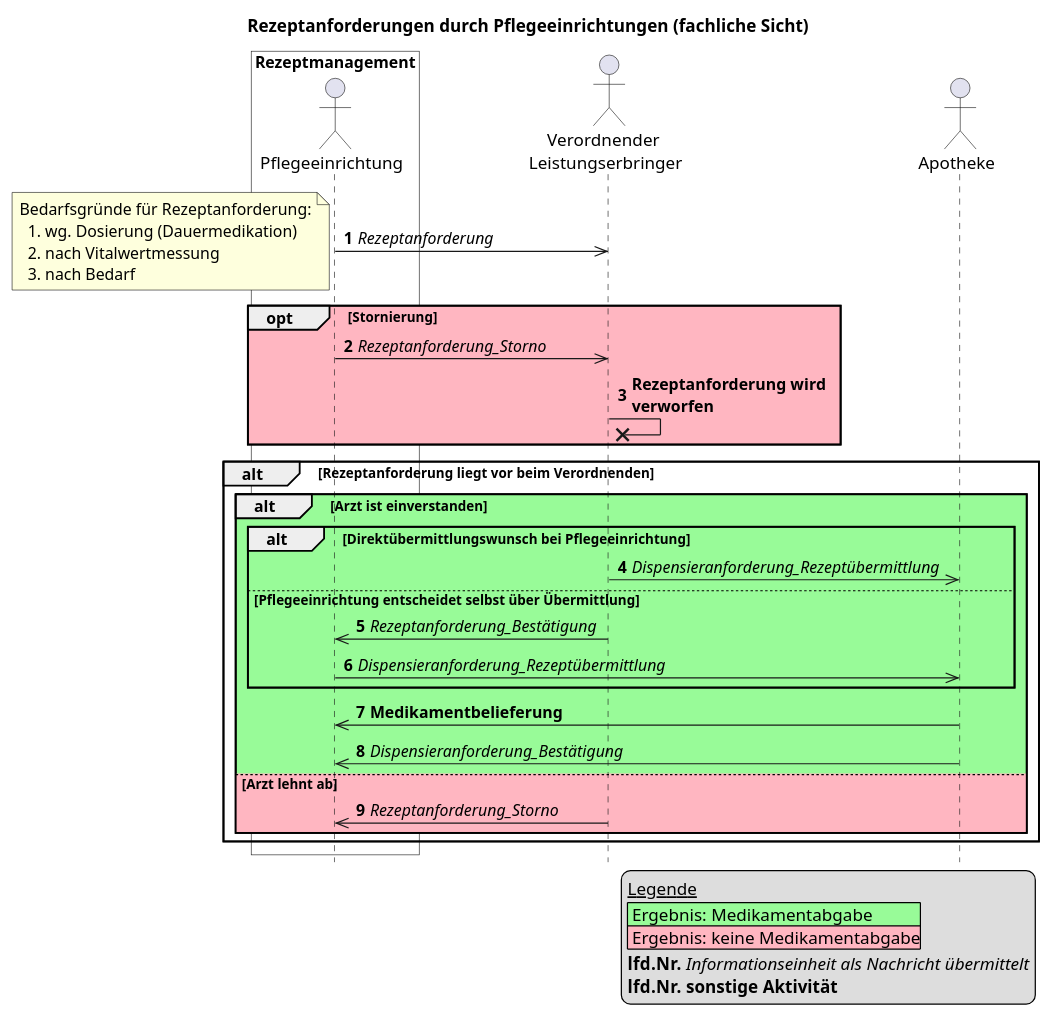
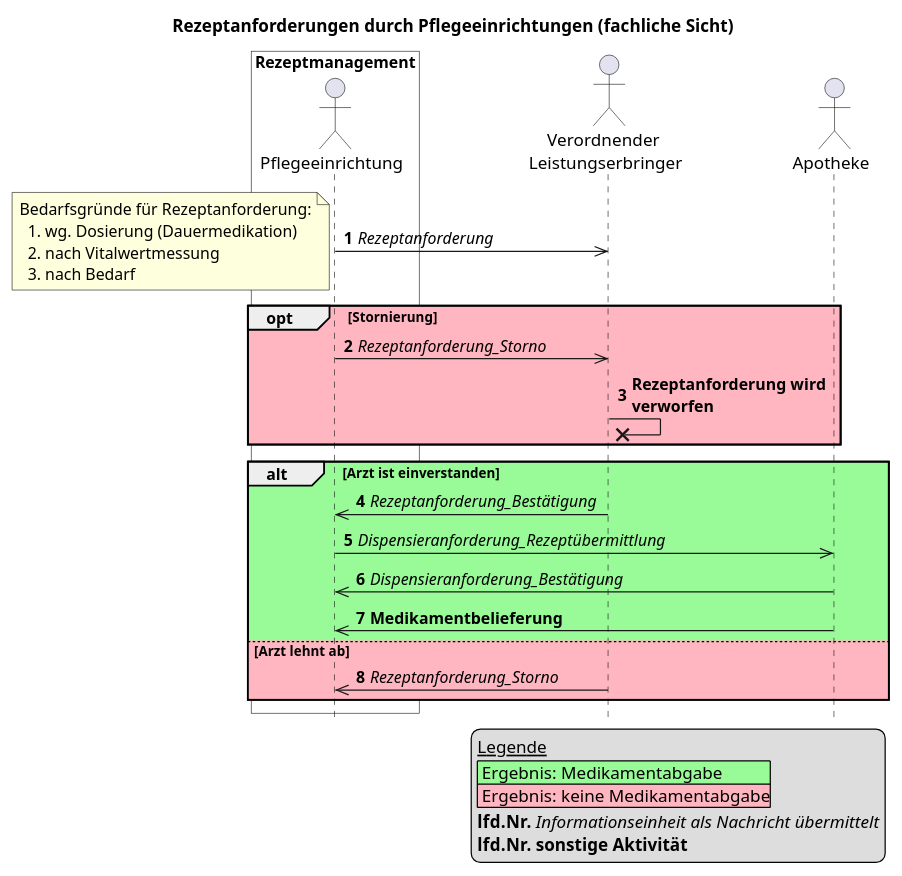
Before and after one commit to gematik/spec-E-Rezept-ServiceRequest: the diagram in Resources/puml/old/rezeptanforderung-pflege-fachlich.puml, drawn with PlantUML. The commit also changed 2 other files, not shown here.

```diff
--- a/Resources/puml/old/rezeptanforderung-pflege-fachlich.puml
+++ b/Resources/puml/old/rezeptanforderung-pflege-fachlich.puml
@@ -1,52 +1,50 @@
 @startuml
 
 
 skinparam maxMessageSize 200
 
 box "Rezeptmanagement" #White
     actor "Pflegeeinrichtung" as Pflegeeinrichtung
 end box
 actor "Verordnender \nLeistungserbringer" as Arztpraxis
 actor Apotheke
 
 title Rezeptanforderungen durch Pflegeeinrichtungen (fachliche Sicht)
 hide footbox
 autonumber
 
 legend bottom right
     __Legende__
     |<#PaleGreen> Ergebnis: Medikamentabgabe|
     |<#LightPink> Ergebnis: keine Medikamentabgabe|
     **lfd.Nr.** //Informationseinheit als Nachricht übermittelt//
     **lfd.Nr.** **sonstige Aktivität**
 endlegend
 
 Pflegeeinrichtung ->> Arztpraxis: //Rezeptanforderung//
 note left
     Bedarfsgründe für Rezeptanforderung:
       1. wg. Dosierung (Dauermedikation)
       2. nach Vitalwertmessung
       3. nach Bedarf
 end note
 
 opt #LightPink Stornierung
     Pflegeeinrichtung ->> Arztpraxis: //Rezeptanforderung_Storno//
     Arztpraxis ->x Arztpraxis: **Rezeptanforderung wird verworfen**
 end
 
-alt Rezeptanforderung liegt vor beim Verordnenden
-    alt #PaleGreen Arzt ist einverstanden 
-        alt Direktübermittlungswunsch bei Pflegeeinrichtung
-        Arztpraxis ->> Apotheke: //Dispensieranforderung_Rezeptübermittlung//
-        else Pflegeeinrichtung entscheidet selbst über Übermittlung
-        Arztpraxis ->> Pflegeeinrichtung: //Rezeptanforderung_Bestätigung//
-        Pflegeeinrichtung ->> Apotheke: //Dispensieranforderung_Rezeptübermittlung//
-        end
-        Apotheke ->> Pflegeeinrichtung: **Medikamentbelieferung**
-        Apotheke ->> Pflegeeinrichtung: //Dispensieranforderung_Bestätigung//
-    else #LightPink Arzt lehnt ab
-        Arztpraxis ->> Pflegeeinrichtung: //Rezeptanforderung_Storno//
-    end
+alt #PaleGreen Arzt ist einverstanden 
+    
+    Arztpraxis ->> Pflegeeinrichtung: //Rezeptanforderung_Bestätigung//
+    Pflegeeinrichtung ->> Apotheke: //Dispensieranforderung_Rezeptübermittlung//
+    
+    Apotheke ->> Pflegeeinrichtung: //Dispensieranforderung_Bestätigung//
+    Apotheke ->> Pflegeeinrichtung: **Medikamentbelieferung**
+    
+else #LightPink Arzt lehnt ab
+    Arztpraxis ->> Pflegeeinrichtung: //Rezeptanforderung_Storno//
 end
 
+
 @enduml
```
